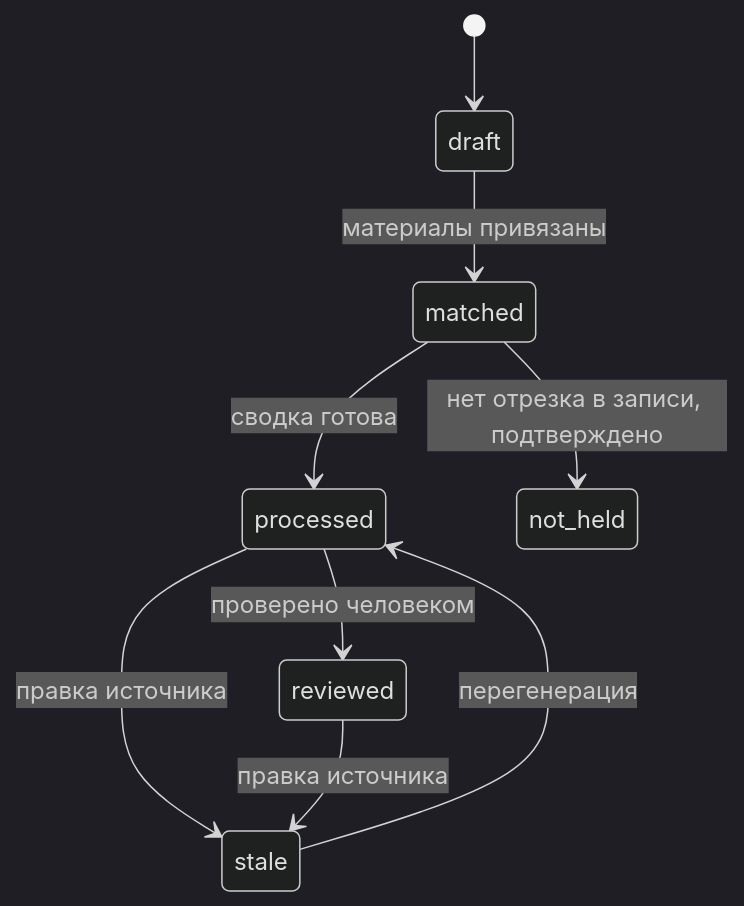
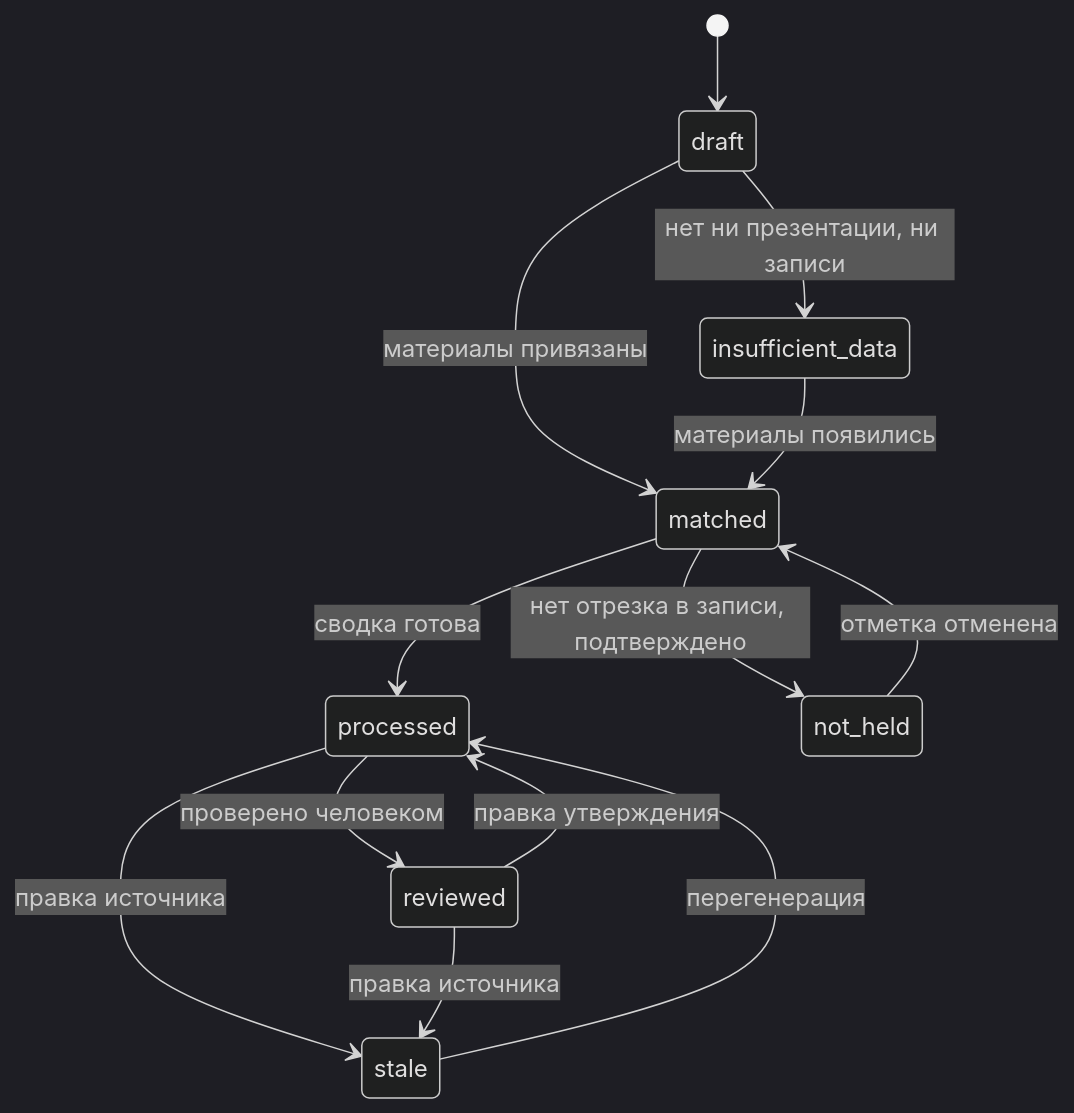
The third of 4 diagrams in docs/spec.md (B4rb4r1s/Rapporteur), drawn with Mermaid (dark theme) before and after one commit. The commit also changed other lines of this file and 11 other files, not shown here.

````diff
--- a/docs/spec.md
+++ b/docs/spec.md
@@ -408,11 +411,15 @@
 ```mermaid
 stateDiagram-v2
   [*] --> draft
   draft --> matched: материалы привязаны
+  draft --> insufficient_data: нет ни презентации, ни записи
+  insufficient_data --> matched: материалы появились
   matched --> processed: сводка готова
   processed --> reviewed: проверено человеком
+  reviewed --> processed: правка утверждения
   processed --> stale: правка источника
   reviewed --> stale: правка источника
   stale --> processed: перегенерация
   matched --> not_held: нет отрезка в записи, подтверждено
+  not_held --> matched: отметка отменена
 ```
````
